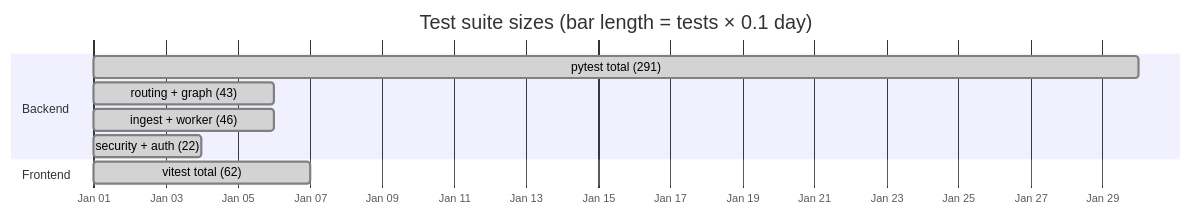
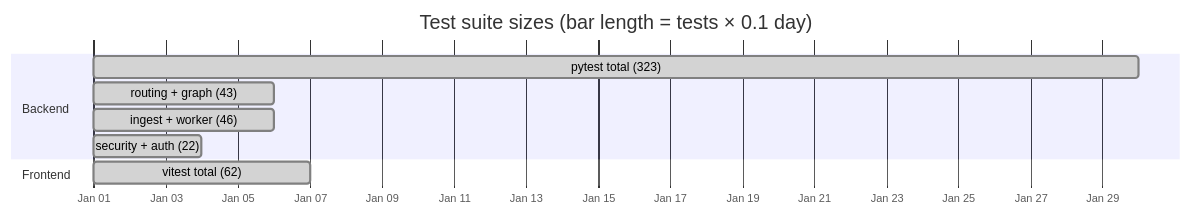
The sixth of 8 diagrams in README.md (sheikhayaan/AUTOPR), drawn with Mermaid before and after one commit. The commit also changed other lines of this file and 16 other files, not shown here.

````diff
--- a/README.md
+++ b/README.md
@@ -838,13 +847,13 @@
 ```mermaid
 gantt
     title Test suite sizes (bar length = tests × 0.1 day)
     dateFormat YYYY-MM-DD
     axisFormat %b %d
     section Backend
-    pytest total (291)          :done, a1, 2026-01-01, 29d
+    pytest total (323)          :done, a1, 2026-01-01, 29d
     routing + graph (43)        :done, a2, 2026-01-01, 5d
     ingest + worker (46)        :done, a3, 2026-01-01, 5d
     security + auth (22)        :done, a4, 2026-01-01, 3d
     section Frontend
     vitest total (62)           :done, b1, 2026-01-01, 6d
 ```
````
